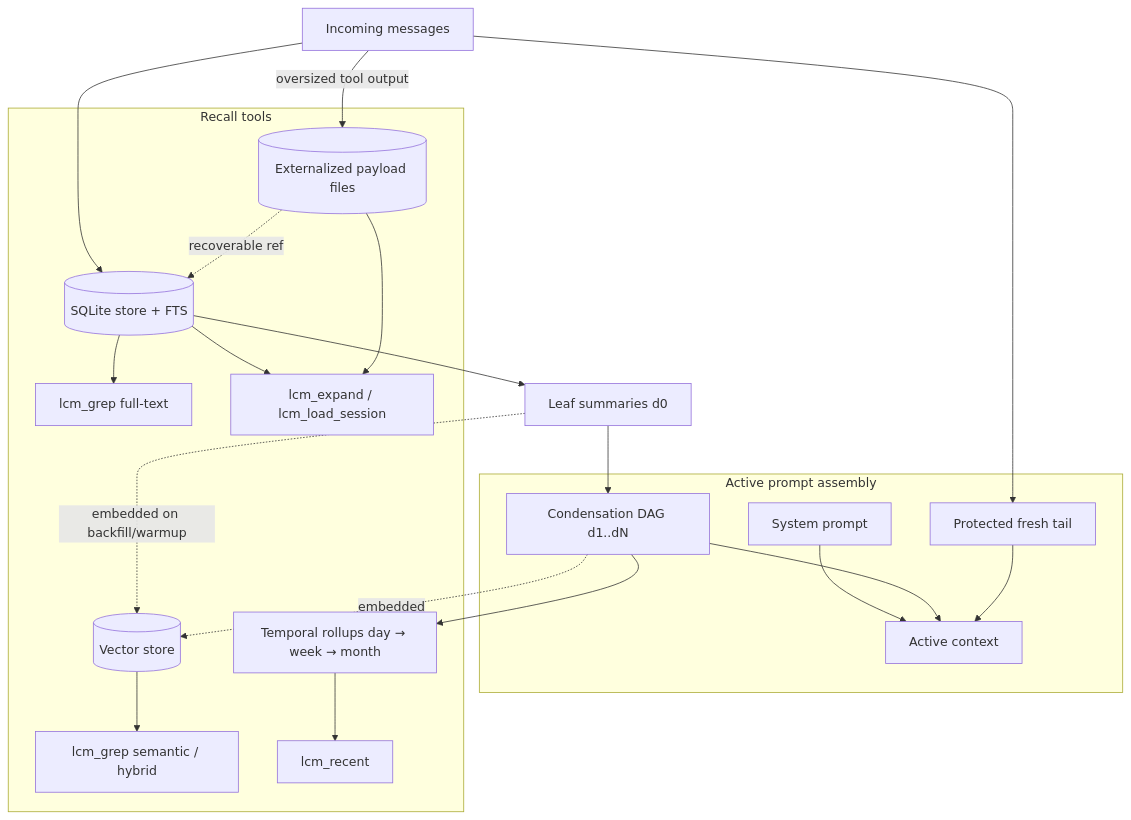
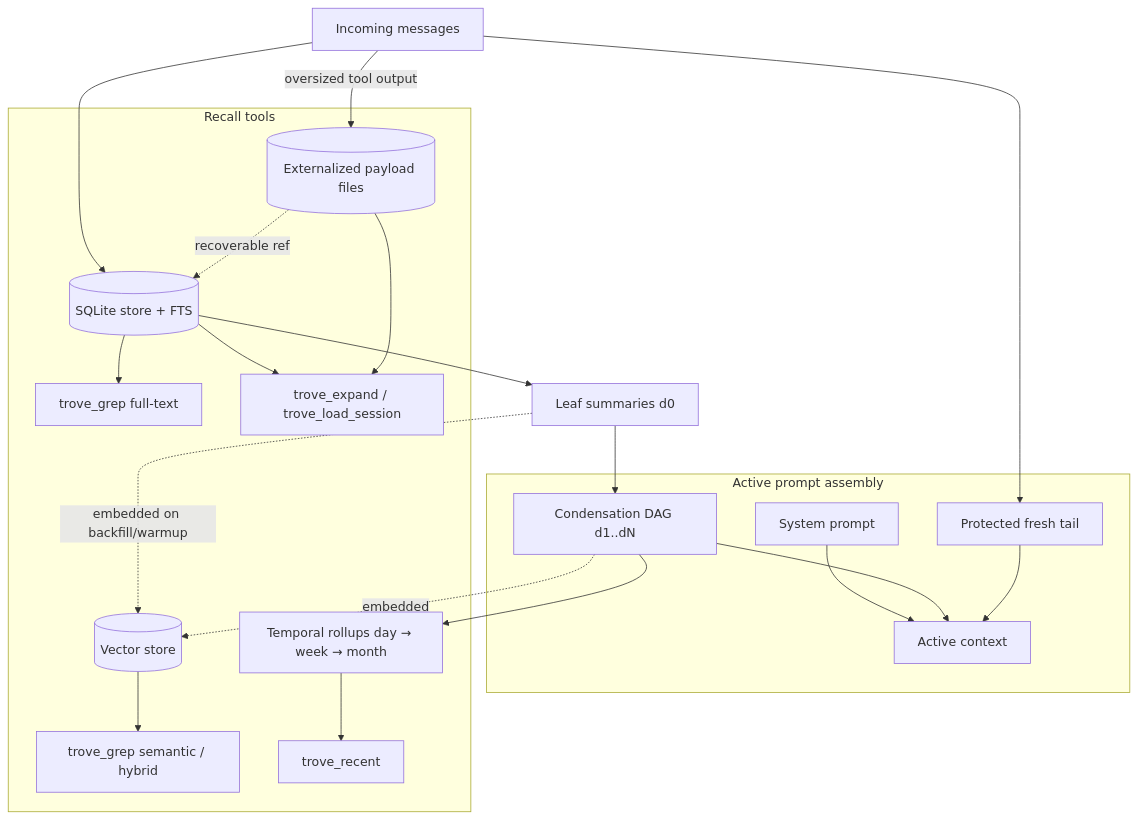
One commit to misterdas/hermes-agent changed the first of 2 diagrams in docs/features-overview.md. Above: the diagram before and after it, drawn with Mermaid. The commit also changed other lines of this file and 238 other files, not shown here.

Commit message:
rename: hermes-lcm -> hermes-trove, lcm -> trove everywhere

````diff
--- a/docs/features-overview.md
+++ b/docs/features-overview.md
@@ -23,24 +23,24 @@
 ```mermaid
 flowchart TD
     M[Incoming messages] --> ST[(SQLite store + FTS)]
     M --> FT[Protected fresh tail]
     ST --> LS[Leaf summaries d0]
     LS --> DAG[Condensation DAG d1..dN]
     DAG --> RU[Temporal rollups day → week → month]
     M -- oversized tool output --> EX[(Externalized payload files)]
     EX -. recoverable ref .-> ST
     subgraph Active prompt assembly
         SP[System prompt] --> AP[Active context]
         DAG --> AP
         FT --> AP
     end
     subgraph Recall tools
-        ST --> G[lcm_grep full-text]
-        VEC[(Vector store)] --> G2[lcm_grep semantic / hybrid]
-        RU --> R[lcm_recent]
-        ST --> E[lcm_expand / lcm_load_session]
+        ST --> G[trove_grep full-text]
+        VEC[(Vector store)] --> G2[trove_grep semantic / hybrid]
+        RU --> R[trove_recent]
+        ST --> E[trove_expand / trove_load_session]
         EX --> E
     end
     LS -. embedded on backfill/warmup .-> VEC
     DAG -. embedded .-> VEC
 ```
````
